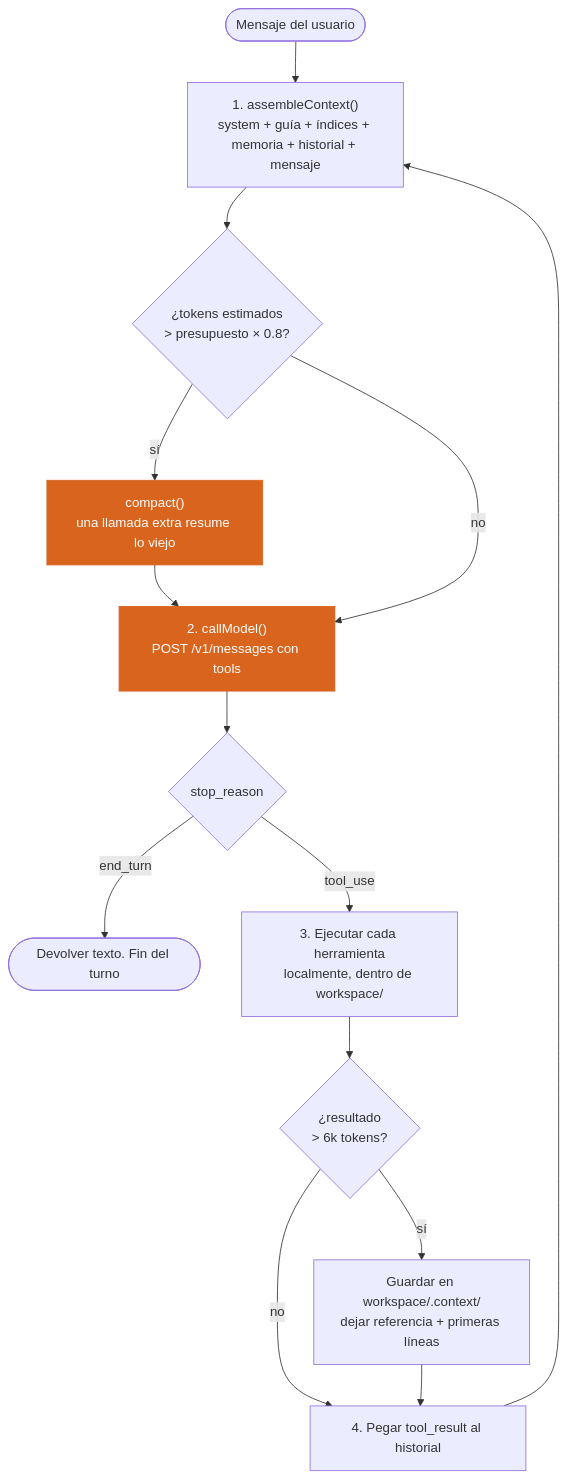
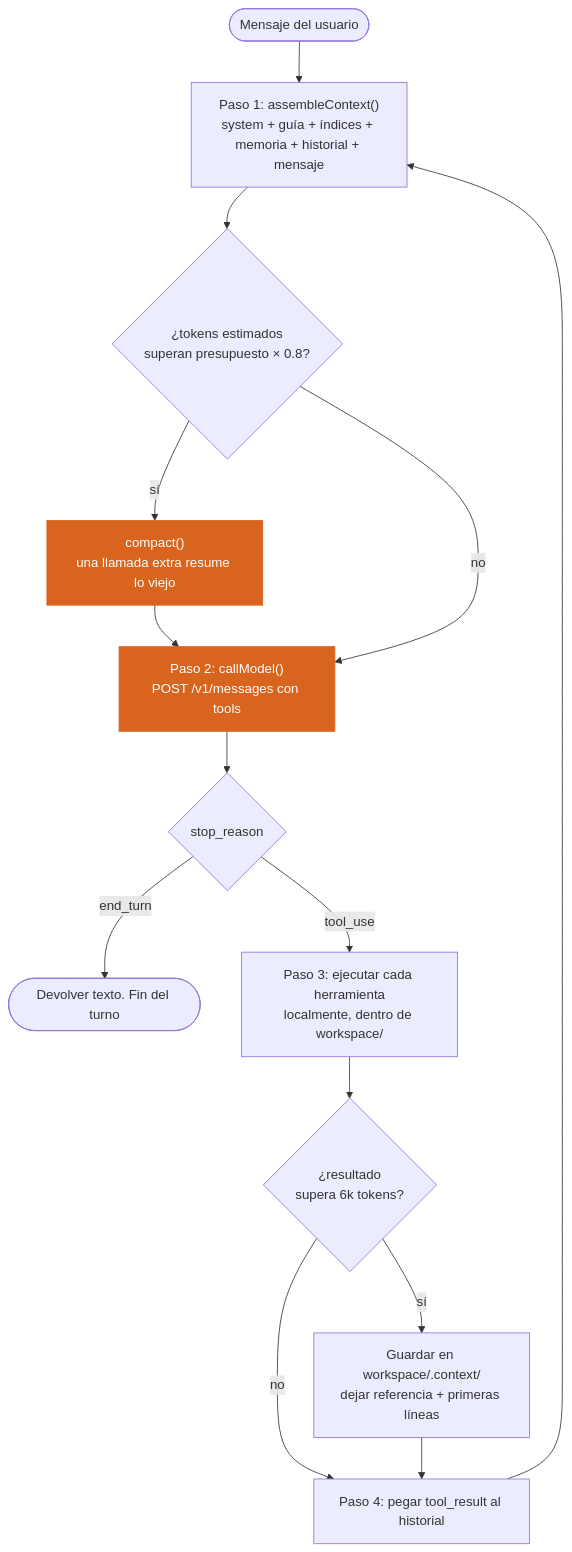
One commit to ada-school/ada-harness changed the fourth of 9 diagrams in README.md. Above: the diagram before and after it, drawn with Mermaid. The commit also changed other lines of this file and 5 other files, not shown here.

````diff
--- a/README.md
+++ b/README.md
@@ -179,18 +179,18 @@
 ```mermaid
 flowchart TD
-    START([Mensaje del usuario]) --> ASM["1. assembleContext()<br/>system + guía + índices + memoria + historial + mensaje"]
-    ASM --> CHECK{"¿tokens estimados<br/>> presupuesto × 0.8?"}
+    START(["Mensaje del usuario"]) --> ASM["Paso 1: assembleContext()<br/>system + guía + índices + memoria + historial + mensaje"]
+    ASM --> CHECK{"¿tokens estimados<br/>superan presupuesto × 0.8?"}
     CHECK -->|sí| COMPACT["compact()<br/>una llamada extra resume lo viejo"]
     COMPACT --> CALL
-    CHECK -->|no| CALL["2. callModel()<br/>POST /v1/messages con tools"]
+    CHECK -->|no| CALL["Paso 2: callModel()<br/>POST /v1/messages con tools"]
     CALL --> STOP{"stop_reason"}
-    STOP -->|"end_turn"| DONE([Devolver texto. Fin del turno])
-    STOP -->|"tool_use"| EXEC["3. Ejecutar cada herramienta<br/>localmente, dentro de workspace/"]
-    EXEC --> OFF{"¿resultado<br/>> 6k tokens?"}
+    STOP -->|"end_turn"| DONE(["Devolver texto. Fin del turno"])
+    STOP -->|"tool_use"| EXEC["Paso 3: ejecutar cada herramienta<br/>localmente, dentro de workspace/"]
+    EXEC --> OFF{"¿resultado<br/>supera 6k tokens?"}
     OFF -->|sí| DISK["Guardar en workspace/.context/<br/>dejar referencia + primeras líneas"]
     OFF -->|no| APPEND
-    DISK --> APPEND["4. Pegar tool_result al historial"]
+    DISK --> APPEND["Paso 4: pegar tool_result al historial"]
     APPEND --> ASM
     style CALL fill:#d9641e,color:#fff,stroke:#d9641e
     style COMPACT fill:#d9641e,color:#fff,stroke:#d9641e
 ```
````
